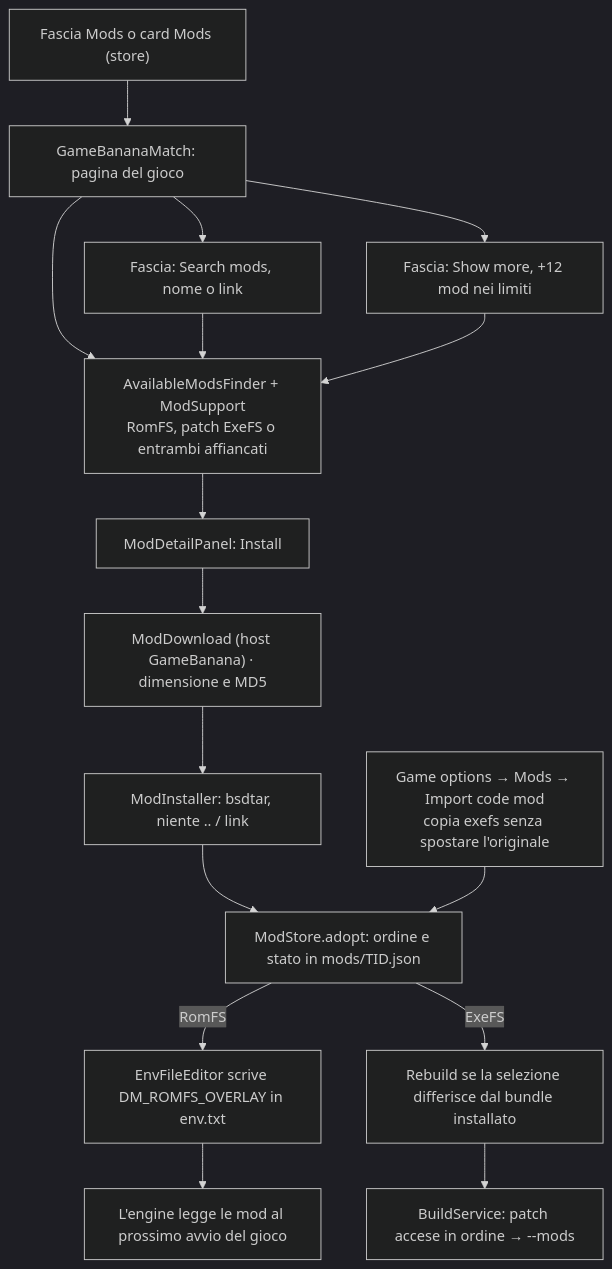
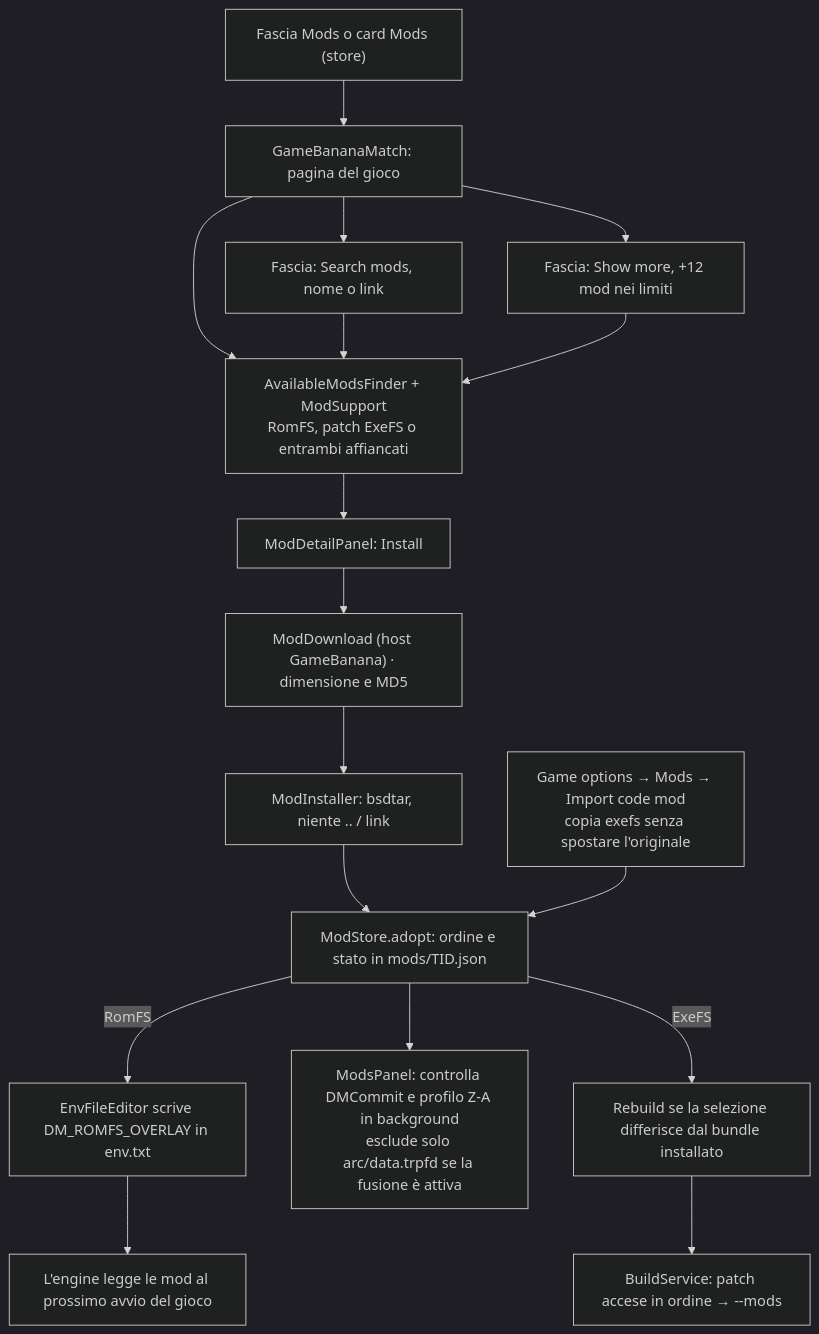
One commit to sofianbll/NxLibrary changed the seventh of 9 diagrams in docs/how-it-works/flows.md. Above: the diagram before and after it, drawn with Mermaid (dark theme). The commit also changed 13 other files, not shown here.

````diff
--- a/docs/how-it-works/flows.md
+++ b/docs/how-it-works/flows.md
@@ -156,18 +156,19 @@
 ```mermaid
 flowchart TD
     A["Fascia Mods o card Mods (store)"] --> B["GameBananaMatch: pagina del gioco"]
     B --> C["AvailableModsFinder + ModSupport<br/>RomFS, patch ExeFS o entrambi affiancati"]
     B --> S["Fascia: Search mods, nome o link"]
     S --> C
     B --> M["Fascia: Show more, +12 mod nei limiti"]
     M --> C
     C --> D["ModDetailPanel: Install"]
     D --> E["ModDownload (host GameBanana) · dimensione e MD5"]
     E --> F["ModInstaller: bsdtar, niente .. / link"]
     F --> G["ModStore.adopt: ordine e stato in mods/TID.json"]
     L["Game options → Mods → Import code mod<br/>copia exefs senza spostare l'originale"] --> G
     G -->|"RomFS"| H["EnvFileEditor scrive DM_ROMFS_OVERLAY in env.txt"]
+    G --> C2["ModsPanel: controlla DMCommit e profilo Z-A in background<br/>esclude solo arc/data.trpfd se la fusione è attiva"]
     H --> I["L'engine legge le mod al prossimo avvio del gioco"]
     G -->|"ExeFS"| R["Rebuild se la selezione differisce dal bundle installato"]
     R --> P["BuildService: patch accese in ordine → --mods"]
 ```
````
